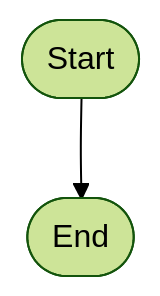
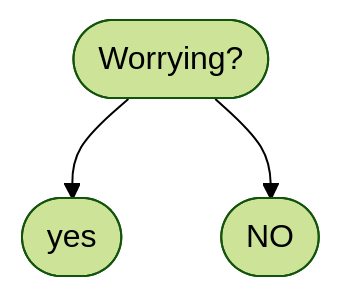
One commit to sirdanksalot/sirdanksalot.github.io changed the diagram in Diagram.md. Above: the diagram before and after it, drawn with Mermaid (forest theme).

````diff
--- a/Diagram.md
+++ b/Diagram.md
@@ -1,4 +1,5 @@
 ```mermaid
 flowchart TD
-1([Start]) --> 2([End])
+1([Worrying?]) --> 2([yes])
+1([Worrying?]) --> 3([NO])
 ```
````
